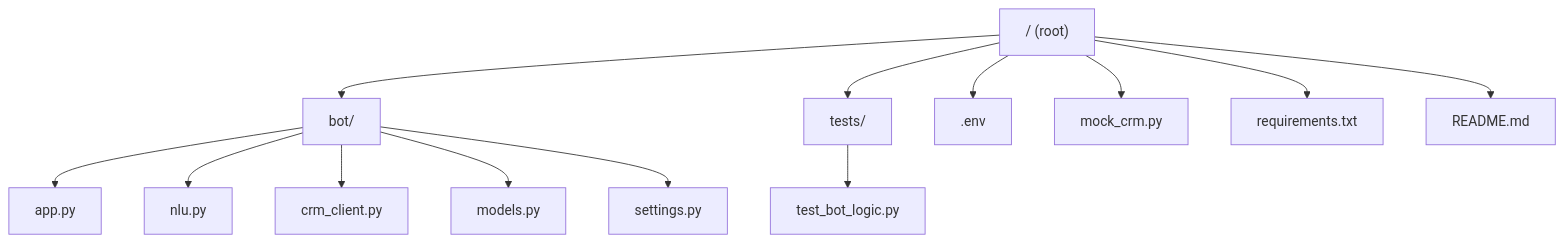
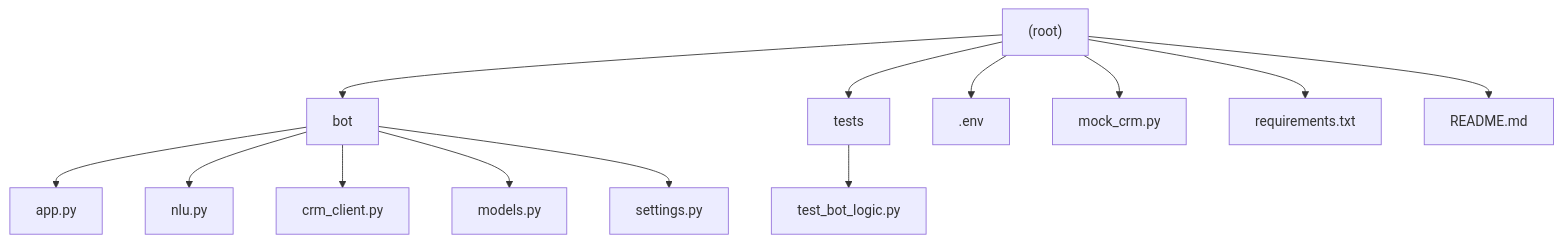
The second of 2 diagrams in README.md (abhishek-verma77/Intern-Assessment-project), drawn with Mermaid before and after one commit. The commit also changed other lines of this file, not shown here.

````diff
--- a/README.md
+++ b/README.md
@@ -33,15 +33,15 @@
 ```mermaid
 graph TD;
-    A["/ (root)"] --> B["bot/"];
-    A --> C["tests/"];
+    A["(root)"] --> B["bot"];
+    A --> C["tests"];
     A --> D[".env"];
     A --> E["mock_crm.py"];
     A --> F["requirements.txt"];
     A --> G["README.md"];
     B --> B1["app.py"];
     B --> B2["nlu.py"];
     B --> B3["crm_client.py"];
     B --> B4["models.py"];
     B --> B5["settings.py"];
     C --> C1["test_bot_logic.py"];
 ```
````
